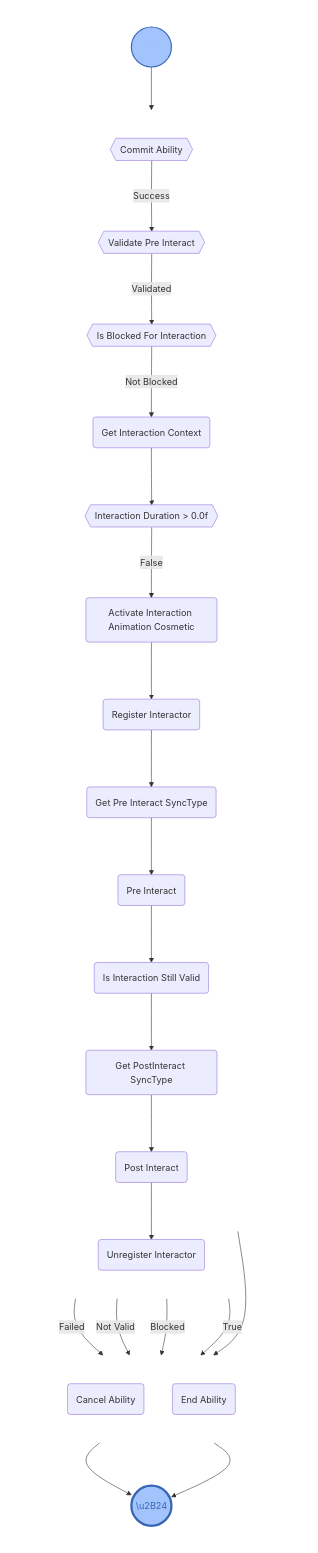
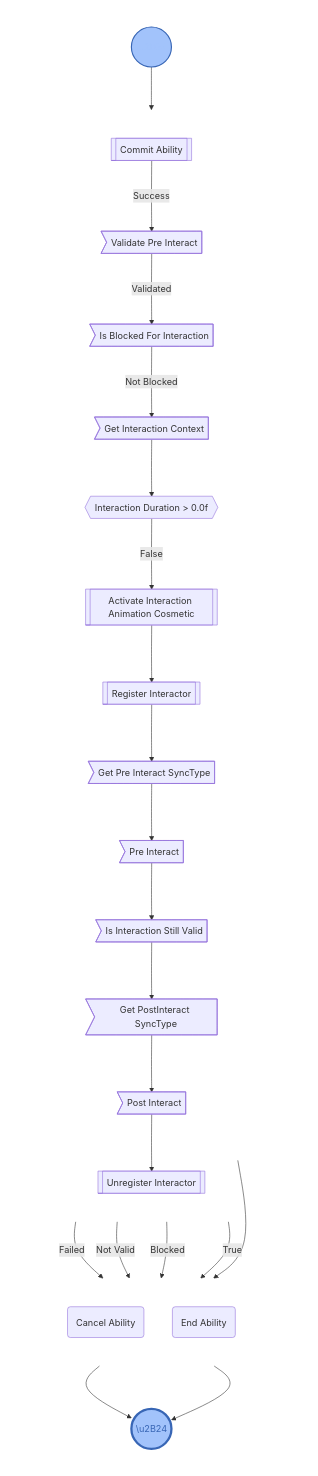
One commit to twistedbytes-net/TBIA-Documentation changed the first of 2 diagrams in versioned_docs/version-1.1.0/architecture/triggered-interaction-cosmetic.mdx. Above: the diagram before and after it, drawn with Mermaid. The commit also changed 10 other files, not shown here.

Commit message:
architecture cleanup

```diff
--- a/versioned_docs/version-1.1.0/architecture/triggered-interaction-cosmetic.mdx
+++ b/versioned_docs/version-1.1.0/architecture/triggered-interaction-cosmetic.mdx
@@ -12,19 +12,19 @@
     CANCEL_ABILITY(Cancel Ability)
     END_ABILITY(End Ability)
     
-    B{{Commit Ability}}
-    F{{Validate Pre Interact}}
-    H{{Is Blocked For Interaction}}
-    J(Get Interaction Context)
+    B[[Commit Ability]]
+    F>Validate Pre Interact]
+    H>Is Blocked For Interaction]
+    J>Get Interaction Context]
     
-    M(Activate Interaction Animation Cosmetic)
-    N(Register Interactor)
-    O(Get Pre Interact SyncType)
-    P(Pre Interact)
-    Q(Is Interaction Still Valid)
-    R(Get PostInteract SyncType)
-    S(Post Interact)
-    T(Unregister Interactor)
+    M[[Activate Interaction Animation Cosmetic]]
+    N[[Register Interactor]]
+    O>Get Pre Interact SyncType]
+    P>Pre Interact]
+    Q>Is Interaction Still Valid]
+    R>Get PostInteract SyncType]
+    S>Post Interact]
+    T[[Unregister Interactor]]
   
     START --> B
 
```
